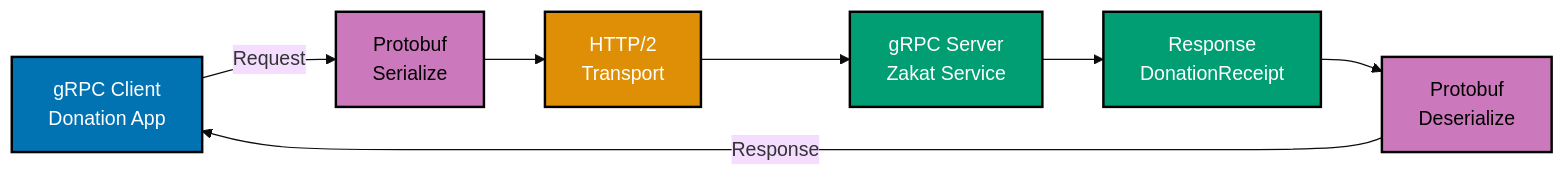
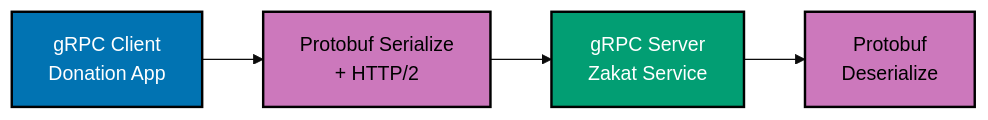
Before and after one commit to wahidyankf/open-sharia-enterprise: the third of 5 diagrams in docs/explanation/software-engineering/programming-languages/golang/api-standards.md, drawn with Mermaid (base theme). The commit also changed other lines of this file and 11 other files, not shown here.

First line of the commit message:
fix(docs): fix mermaid violations in golang docs

````diff
--- a/docs/explanation/software-engineering/programming-languages/golang/api-standards.md
+++ b/docs/explanation/software-engineering/programming-languages/golang/api-standards.md
@@ -1012,24 +1005,19 @@
 ```mermaid
 %% Color Palette: Blue #0173B2, Orange #DE8F05, Teal #029E73, Purple #CC78BC
 %% gRPC communication flow for donation processing
 
 graph LR
     A["gRPC Client<br/>Donation App"]:::blue
-    B["Protobuf<br/>Serialize"]:::purple
-    C["HTTP/2<br/>Transport"]:::orange
-    D["gRPC Server<br/>Zakat Service"]:::teal
-    E["Response<br/>DonationReceipt"]:::teal
-    F["Protobuf<br/>Deserialize"]:::purple
+    B["Protobuf Serialize<br/>+ HTTP/2"]:::purple
+    C["gRPC Server<br/>Zakat Service"]:::teal
+    D["Protobuf<br/>Deserialize"]:::purple
 
-    A -->|"Request"| B
+    A --> B
     B --> C
     C --> D
-    D --> E
-    E --> F
-    F -->|"Response"| A
 
     classDef blue fill:#0173B2,stroke:#000000,color:#FFFFFF,stroke-width:2px
     classDef orange fill:#DE8F05,stroke:#000000,color:#FFFFFF,stroke-width:2px
     classDef teal fill:#029E73,stroke:#000000,color:#FFFFFF,stroke-width:2px
     classDef purple fill:#CC78BC,stroke:#000000,color:#000000,stroke-width:2px
 ```
````
